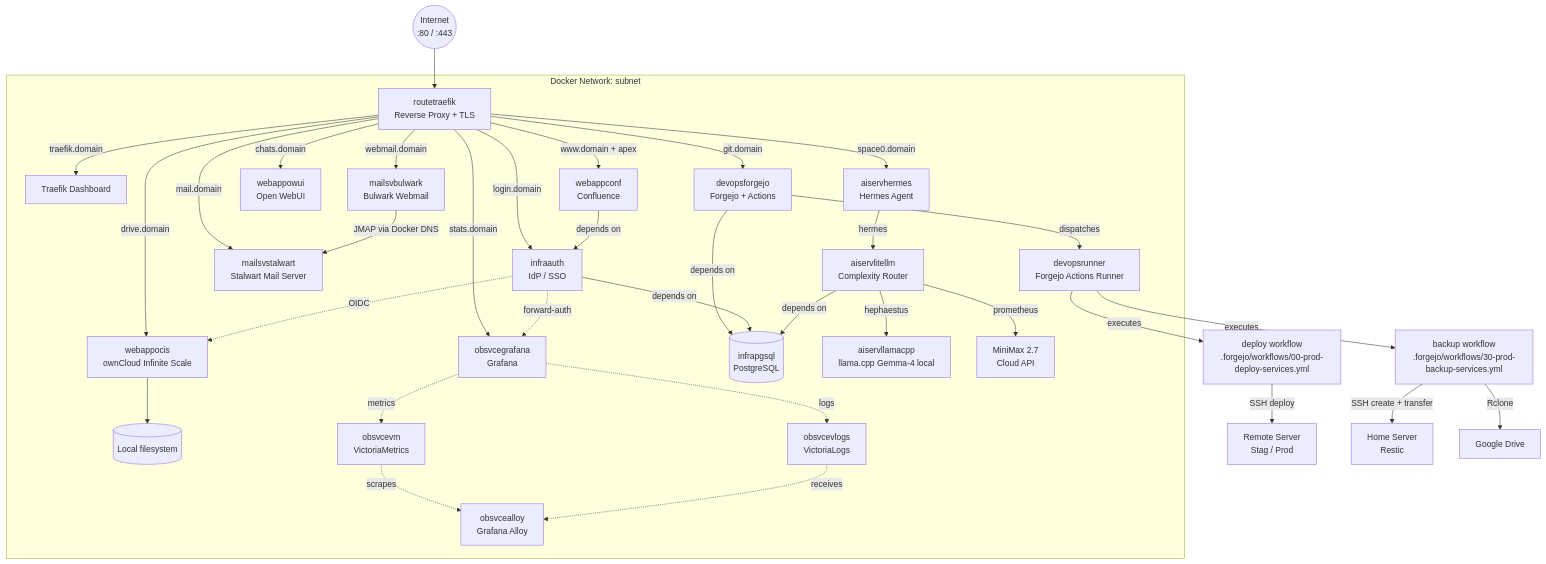
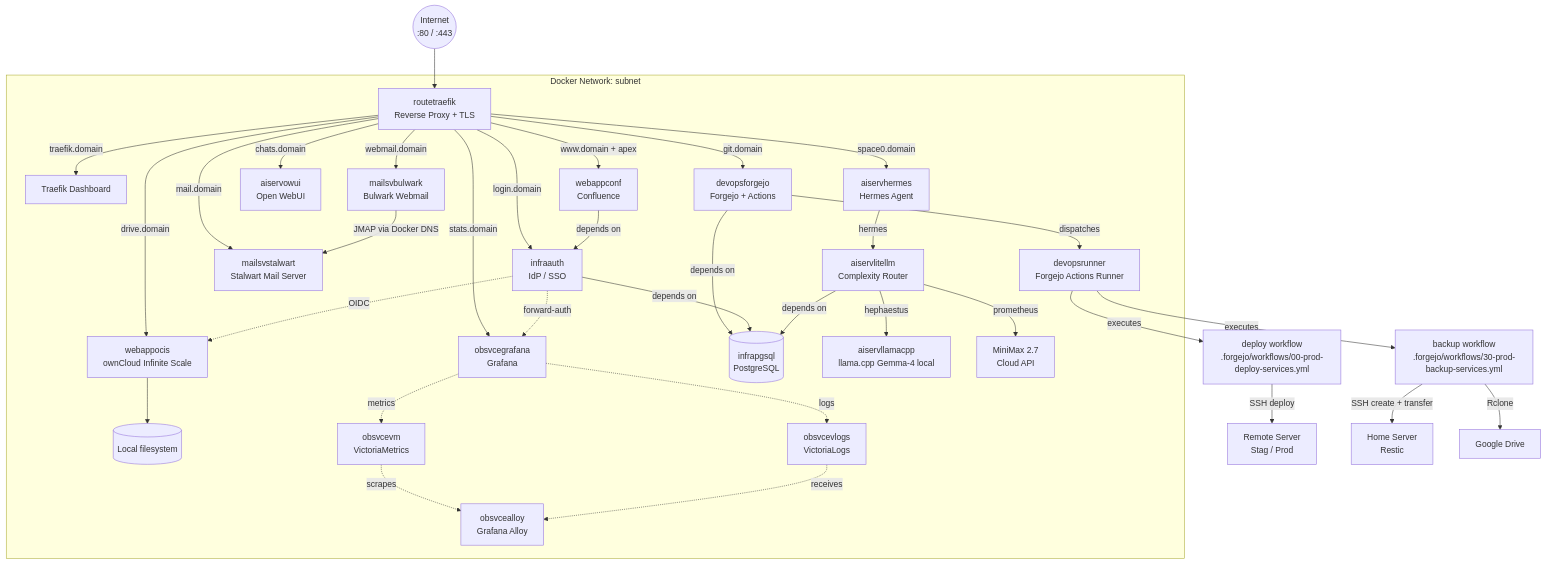
The first of 2 diagrams in README.md (yongxinL/servicehub), drawn with Mermaid before and after one commit. The commit also changed other lines of this file and 19 other files, not shown here.

````diff
--- a/README.md
+++ b/README.md
@@ -60,41 +60,41 @@
 ```mermaid
 graph TD
     Internet((Internet\n:80 / :443))
     Internet --> Traefik
 
     subgraph subnet[Docker Network: subnet]
         Traefik[routetraefik\nReverse Proxy + TLS]
         Traefik -->|traefik.domain| Dashboard[Traefik Dashboard]
         Traefik -->|login.domain| Authentik[infraauth\nIdP / SSO]
         Traefik -->|git.domain| Forgejo[devopsforgejo\nForgejo + Actions]
         Traefik -->|www.domain + apex| Confluence[webappconf\nConfluence]
-        Traefik -->|chats.domain| OpenWebUI[webappowui\nOpen WebUI]
+        Traefik -->|chats.domain| OpenWebUI[aiservowui\nOpen WebUI]
         Traefik -->|drive.domain| Cloud[webappocis\nownCloud Infinite Scale]
         Traefik -->|space0.domain| Hermes[aiservhermes\nHermes Agent]
         Traefik -->|stats.domain| Grafana[obsvcegrafana\nGrafana]
         Traefik -->|mail.domain| Stalwart[mailsvstalwart\nStalwart Mail Server]
         Traefik -->|webmail.domain| Bulwark[mailsvbulwark\nBulwark Webmail]
         Bulwark -->|JMAP via Docker DNS| Stalwart
         Authentik -.->|forward-auth| Grafana
         Authentik -.->|OIDC| Cloud
         Cloud --> CloudData[(Local filesystem)]
         Forgejo -->|depends on| PostgreSQL[(infrapgsql\nPostgreSQL)]
         Authentik -->|depends on| PostgreSQL
         Confluence -->|depends on| Authentik
         Forgejo -->|dispatches| Runner[devopsrunner\nForgejo Actions Runner]
         Hermes -->|hermes| LiteLLM[aiservlitellm\nComplexity Router]
         LiteLLM -->|depends on| PostgreSQL
         LiteLLM -->|hephaestus| Gemma[aiservllamacpp\nllama.cpp Gemma-4 local]
         LiteLLM -->|prometheus| MiniMax[MiniMax 2.7\nCloud API]
         Grafana -.->|metrics| VM[obsvcevm\nVictoriaMetrics]
         Grafana -.->|logs| VL[obsvcevlogs\nVictoriaLogs]
         VM -.->|scrapes| Alloy[obsvcealloy\nGrafana Alloy]
         VL -.->|receives| Alloy
     end
 
     Runner -->|executes| WPDeploy[deploy workflow\n.forgejo/workflows/00-prod-deploy-services.yml]
     Runner -->|executes| BackupFlow[backup workflow\n.forgejo/workflows/30-prod-backup-services.yml]
     WPDeploy -->|SSH deploy| RemoteServer[Remote Server\nStag / Prod]
     BackupFlow -->|SSH create + transfer| Home[Home Server\nRestic]
     BackupFlow -->|Rclone| Drive[Google Drive]
 ```
````
